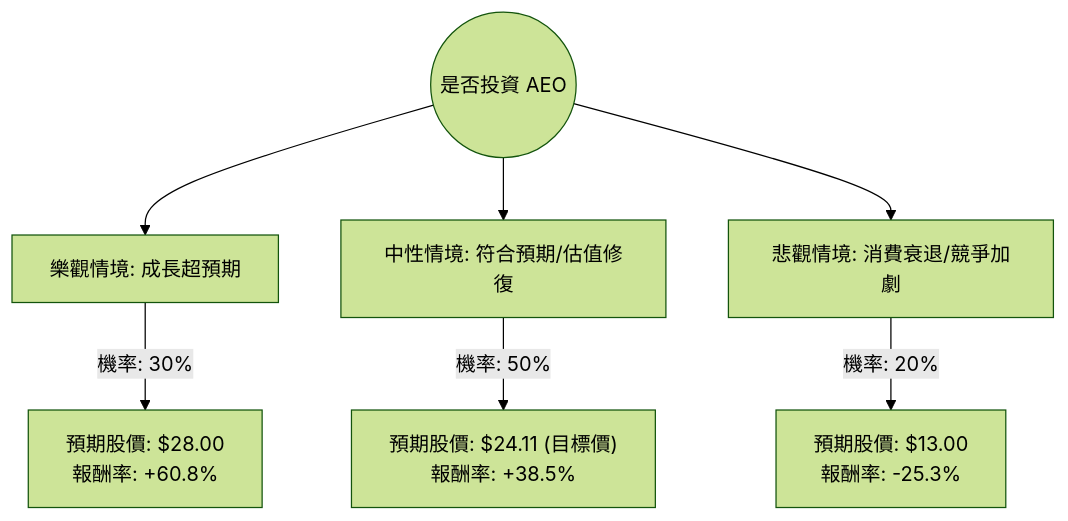
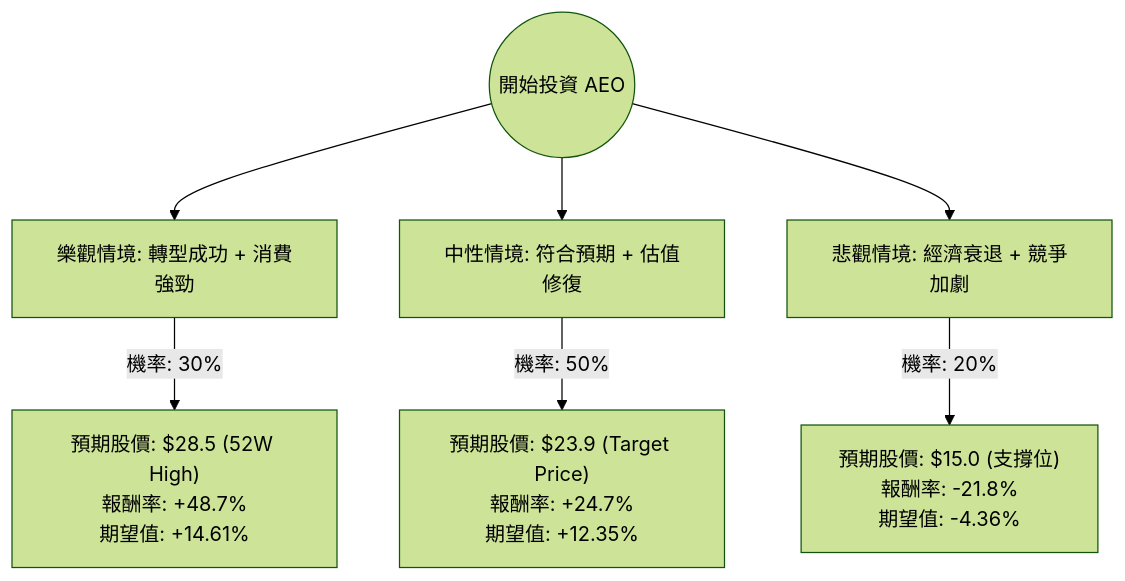
Before and after one commit to zmcx16/zmcx16.github.io: the diagram in plugin-react/ai-analysis/ev-analysis/AEO.md, drawn with Mermaid (forest theme). The commit also changed other lines of this file and 65 other files, not shown here.

````diff
--- a/plugin-react/ai-analysis/ev-analysis/AEO.md
+++ b/plugin-react/ai-analysis/ev-analysis/AEO.md
@@ -19,10 +20,10 @@
 ```mermaid
 graph TD
-    Start((是否投資 AEO)) --> Bull[樂觀情境: 成長超預期]
-    Start --> Base[中性情境: 符合預期/估值修復]
-    Start --> Bear[悲觀情境: 消費衰退/競爭加劇]
+    Start((開始投資 AEO)) --> Bull[樂觀情境: 轉型成功 + 消費強勁]
+    Start --> Base[中性情境: 符合預期 + 估值修復]
+    Start --> Bear[悲觀情境: 經濟衰退 + 競爭加劇]
 
-    Bull -- "機率: 30%" --> BullVal["預期股價: $28.00 <br/> 報酬率: +60.8%"]
-    Base -- "機率: 50%" --> BaseVal["預期股價: $24.11 (目標價) <br/> 報酬率: +38.5%"]
-    Bear -- "機率: 20%" --> BearVal["預期股價: $13.00 <br/> 報酬率: -25.3%"]
+    Bull -- "機率: 30%" --> BullVal["預期股價: $28.5 (52W High)<br>報酬率: +48.7%<br>期望值: +14.61%"]
+    Base -- "機率: 50%" --> BaseVal["預期股價: $23.9 (Target Price)<br>報酬率: +24.7%<br>期望值: +12.35%"]
+    Bear -- "機率: 20%" --> BearVal["預期股價: $15.0 (支撐位)<br>報酬率: -21.8%<br>期望值: -4.36%"]
 ```
````
